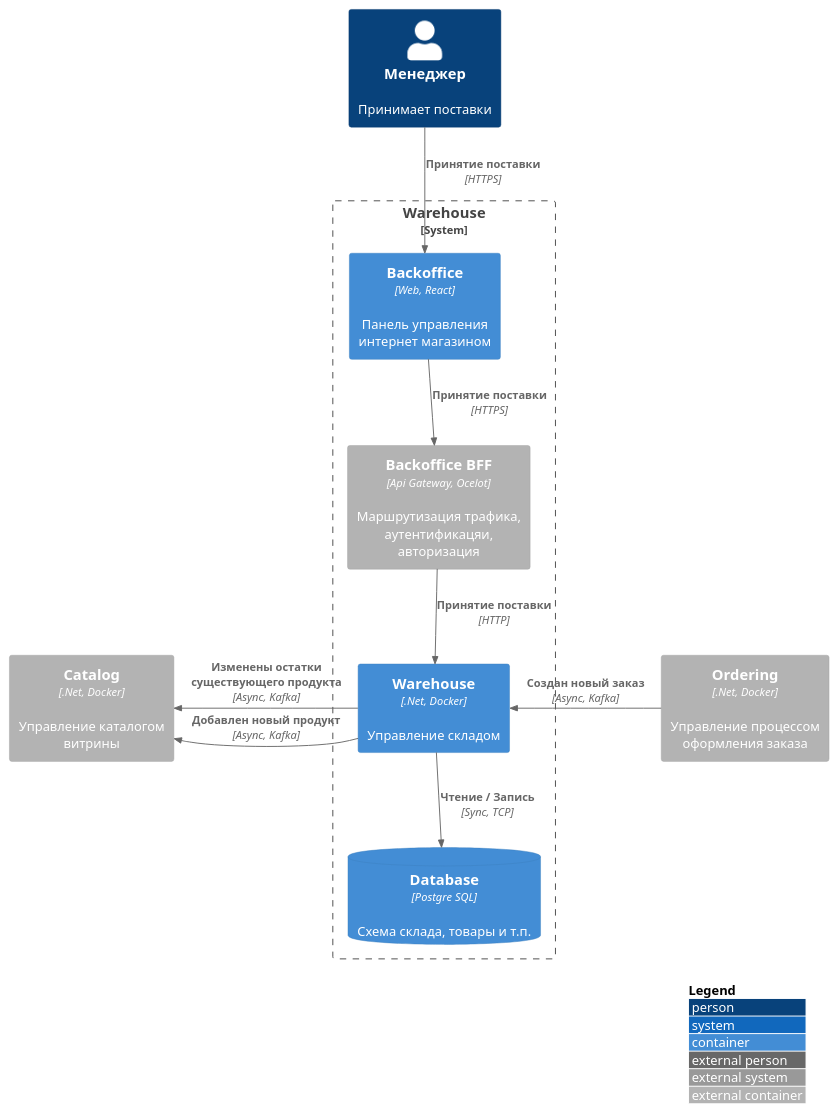
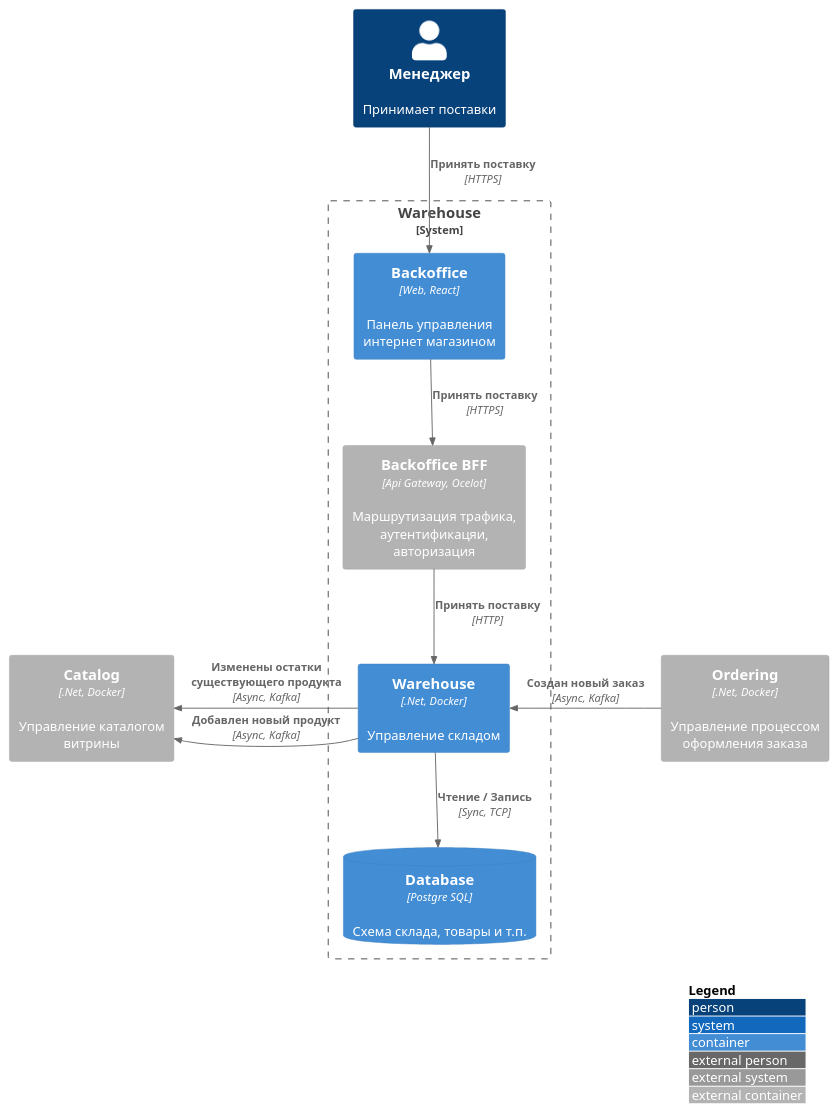
One commit to gerzhan/knigaexpert-system-design changed the first of 3 diagrams in services/warehouse/README.md. Above: the diagram before and after it, drawn with PlantUML. The commit also changed other lines of this file and 4 other files, not shown here.

````diff
--- a/services/warehouse/README.md
+++ b/services/warehouse/README.md
@@ -11,36 +11,36 @@
 ```plantuml
 !include https://raw.githubusercontent.com/plantuml-stdlib/C4-PlantUML/master/C4_Container.puml
 
 skinparam wrapWidth 200
 skinparam maxMessageSize 200
 
 LAYOUT_TOP_DOWN()
 LAYOUT_WITH_LEGEND()
 
 Person(manager, Менеджер, "Принимает поставки")
 
 
 System_Boundary(boundary, "Warehouse") {
 
 ' Backoffice
 Container(backoffice_app, "Backoffice", "Web, React", "Панель управления интернет магазином")  
 Container_Ext(backoffice_bff, "Backoffice BFF", "Api Gateway, Ocelot", "Маршрутизация трафика, аутентификацяи, авторизация")
-Rel(backoffice_app, backoffice_bff, "Принятие поставки", "HTTPS")
-Rel(manager, backoffice_app, "Принятие поставки", "HTTPS")
+Rel(backoffice_app, backoffice_bff, "Принять поставку", "HTTPS")
+Rel(manager, backoffice_app, "Принять поставку", "HTTPS")
 
 
 ' Services
 Container(warehouse, "Warehouse", ".Net, Docker", "Управление складом")
 ContainerDb(warehouse_db, "Database", "Postgre SQL", "Схема склада, товары и т.п.")
 Rel(warehouse, warehouse_db, "Чтение / Запись", "Sync, TCP")
-Rel(backoffice_bff, warehouse, "Принятие поставки", "HTTP")
+Rel(backoffice_bff, warehouse, "Принять поставку", "HTTP")
 }
 
 Container_Ext(catalog, "Catalog", ".Net, Docker", "Управление каталогом витрины")
 Rel_L(warehouse, catalog, "Добавлен новый продукт", "Async, Kafka")
 Rel_L(warehouse, catalog, "Изменены остатки существующего продукта", "Async, Kafka")
 
 Container_Ext(ordering, "Ordering", ".Net, Docker", "Управление процессом оформления заказа")
 Rel_L(ordering, warehouse, "Cоздан новый заказ", "Async, Kafka")
 
 ```
````
